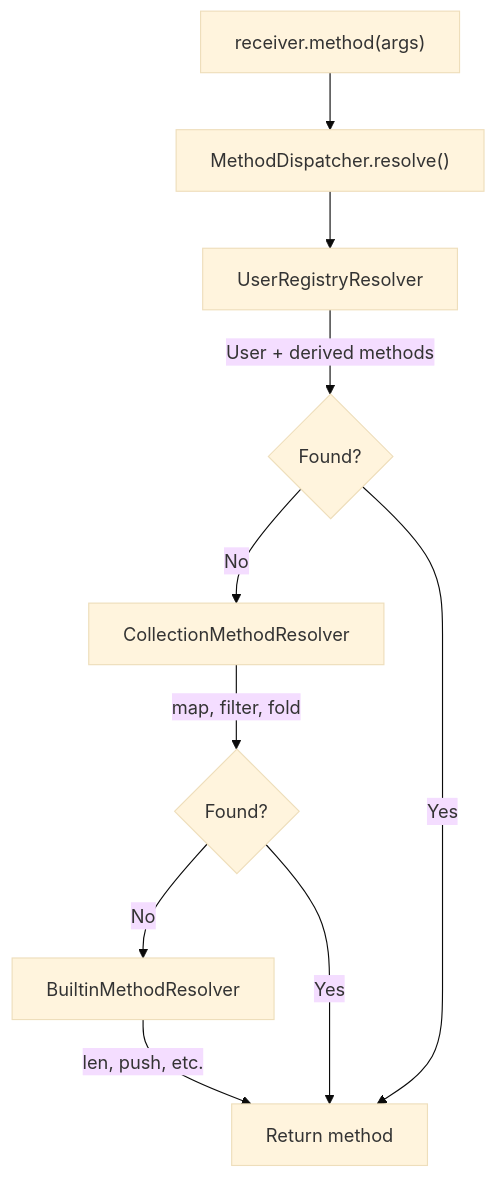
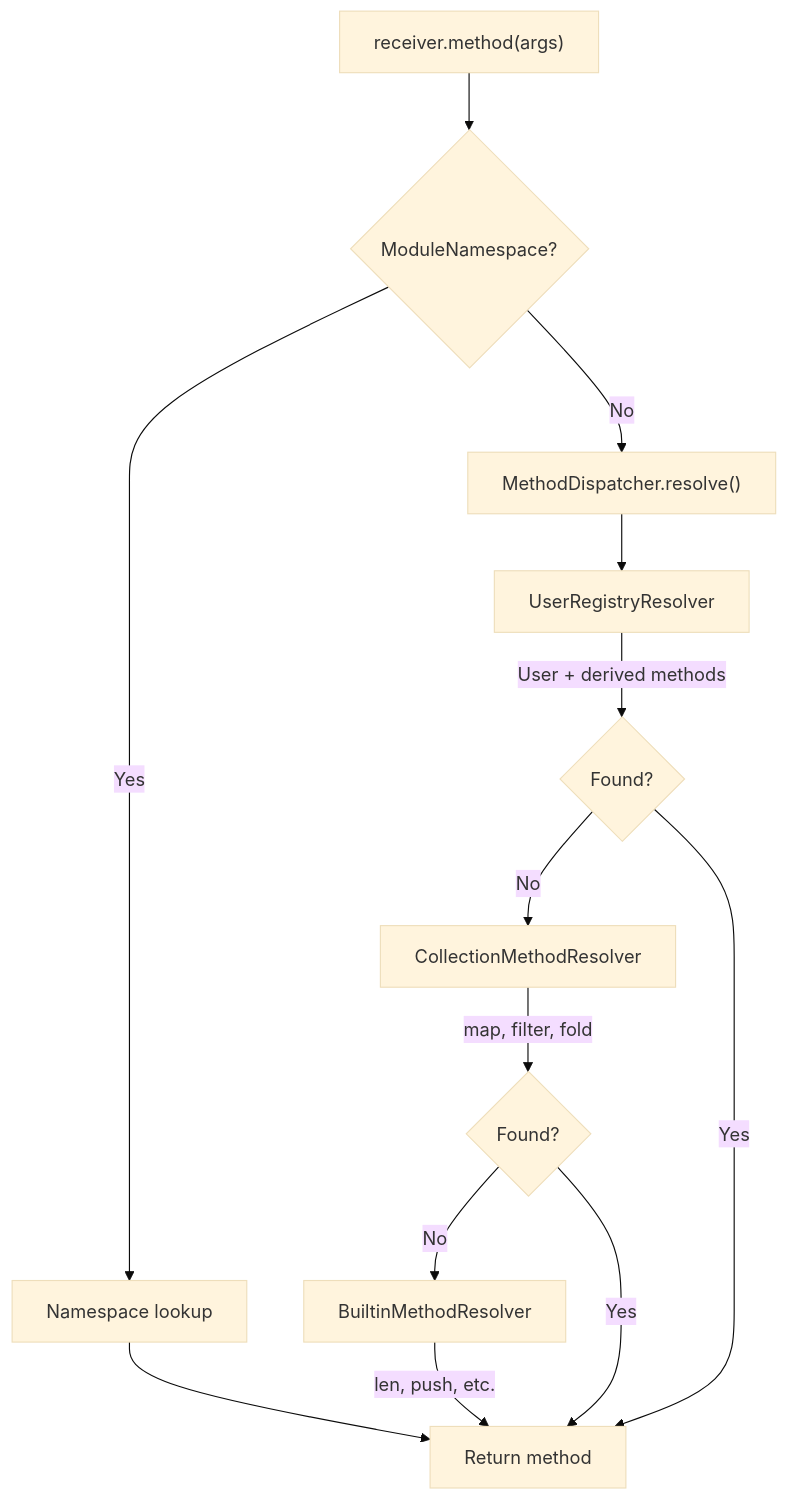
Before and after one commit to upstat-io/ori-lang: the diagram in docs/compiler/design/07-evaluator/index.md, drawn with Mermaid (base theme). The commit also changed other lines of this file and 20 other files, not shown here.

First line of the commit message:
feat(modules): add ModuleNamespace type for qualified access type checking

````diff
--- a/docs/compiler/design/07-evaluator/index.md
+++ b/docs/compiler/design/07-evaluator/index.md
@@ -310,12 +330,15 @@
 ```mermaid
 flowchart TB
-    A["receiver.method(args)"] --> B["MethodDispatcher.resolve()"]
+    A["receiver.method(args)"] --> Z{"ModuleNamespace?"}
+    Z -->|Yes| Y["Namespace lookup"]
+    Y --> H
+    Z -->|No| B["MethodDispatcher.resolve()"]
     B --> C["UserRegistryResolver"]
     C -->|"User + derived methods"| D{"Found?"}
     D -->|No| E["CollectionMethodResolver"]
     E -->|"map, filter, fold"| F{"Found?"}
     F -->|No| G["BuiltinMethodResolver"]
     G -->|"len, push, etc."| H["Return method"]
     D -->|Yes| H
     F -->|Yes| H
 ```
````
